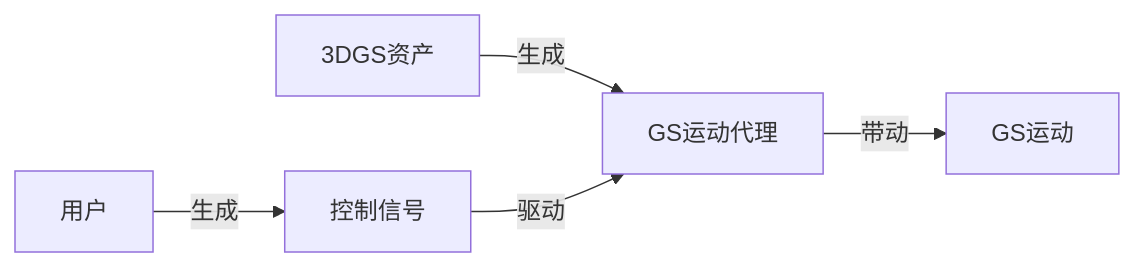
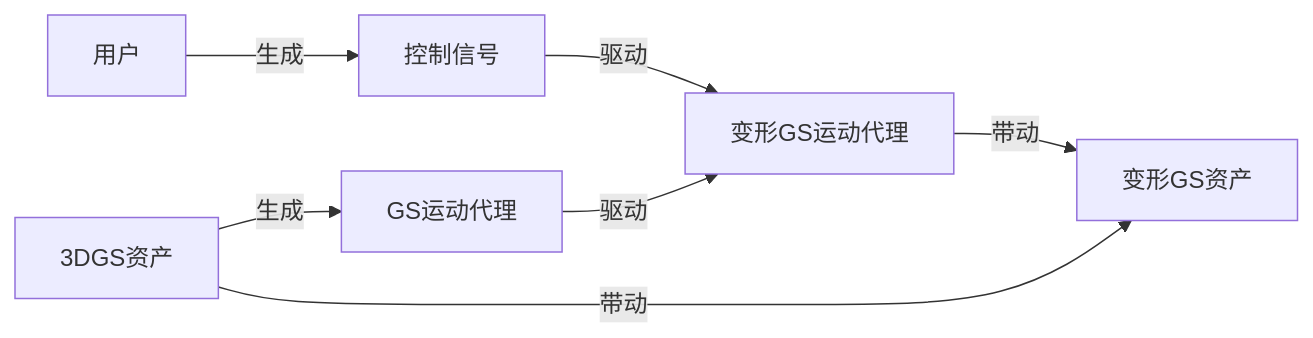
One commit to CaterpillarStudyGroup/ImportantArticles changed the second of 5 diagrams in src/3DGSAnimation/Static.md. Above: the diagram before and after it, drawn with Mermaid. The commit also changed other lines of this file, not shown here.

````diff
--- a/src/3DGSAnimation/Static.md
+++ b/src/3DGSAnimation/Static.md
@@ -29,6 +29,8 @@
 ```mermaid
 flowchart LR
 
 3DGS资产 -->|生成| GS运动代理
-用户 -->|生成| 控制信号 -->|驱动| GS运动代理 --> |带动| GS运动
+用户 -->|生成| 控制信号
+控制信号 & GS运动代理 -->|驱动| 变形GS运动代理
+变形GS运动代理 & 3DGS资产 --> |带动| 变形GS资产
 ```
````
